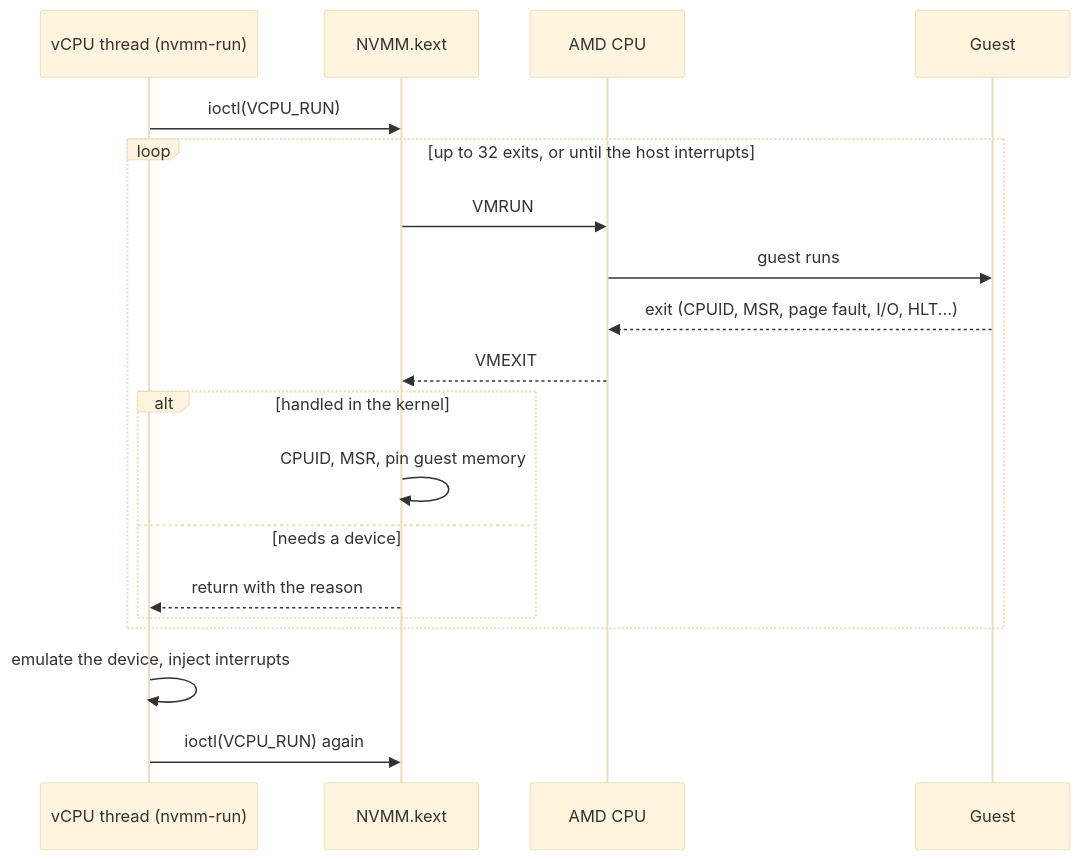
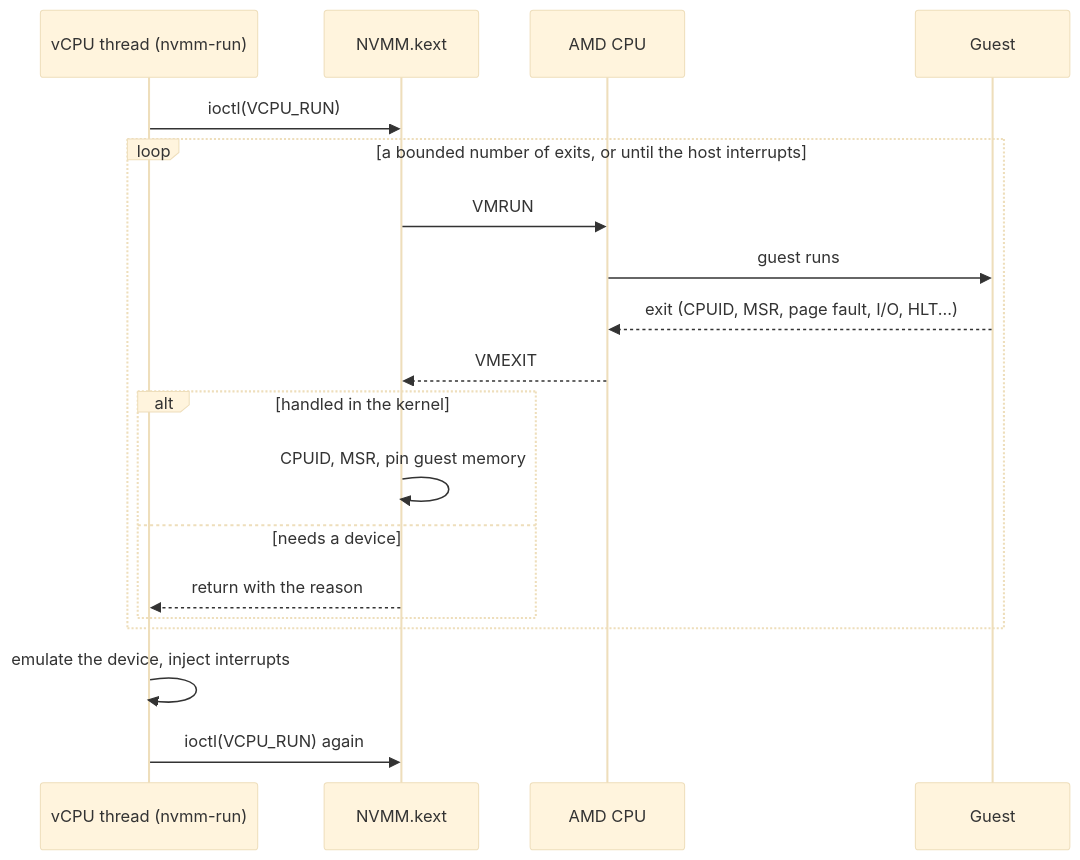
The second of 4 diagrams in README.md (milouk/graft), drawn with Mermaid (base theme) before and after one commit. The commit also changed other lines of this file and 2 other files, not shown here.

````diff
--- a/README.md
+++ b/README.md
@@ -109,22 +107,22 @@
 ```mermaid
 sequenceDiagram
     participant V as vCPU thread (nvmm-run)
     participant K as NVMM.kext
     participant C as AMD CPU
     participant G as Guest
 
     V->>K: ioctl(VCPU_RUN)
-    loop up to 32 exits, or until the host interrupts
+    loop a bounded number of exits, or until the host interrupts
         K->>C: VMRUN
         C->>G: guest runs
         G-->>C: exit (CPUID, MSR, page fault, I/O, HLT...)
         C-->>K: VMEXIT
         alt handled in the kernel
             K->>K: CPUID, MSR, pin guest memory
         else needs a device
             K-->>V: return with the reason
         end
     end
     V->>V: emulate the device, inject interrupts
     V->>K: ioctl(VCPU_RUN) again
 ```
````
